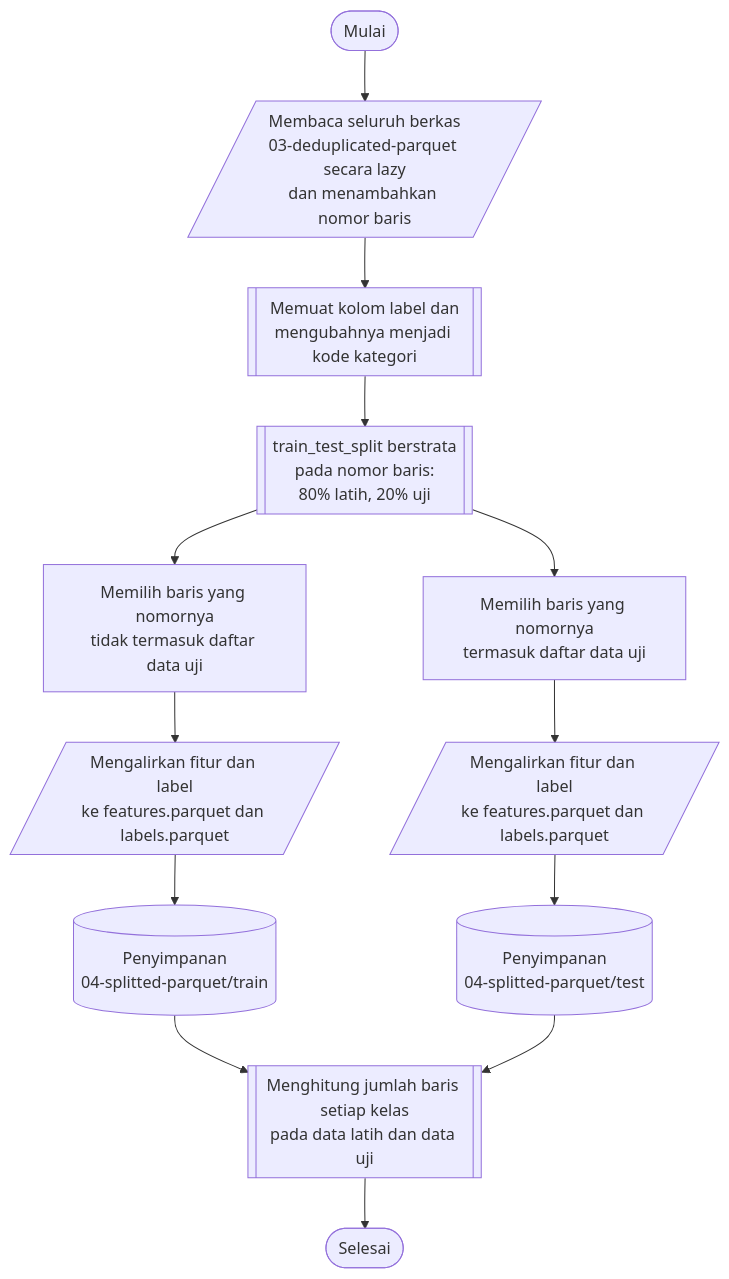
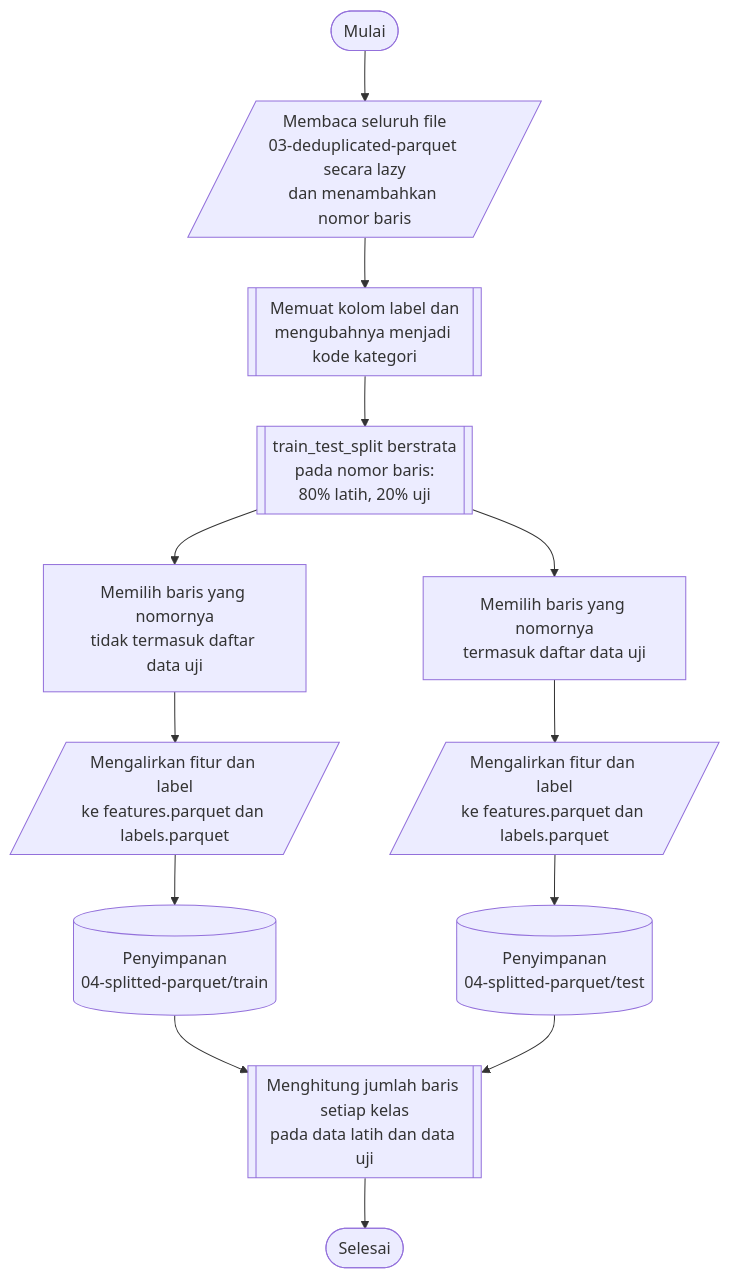
One commit to JoxNeis/mlids-robustness changed the diagram in thesis/04_bab_04/05_pembagian_dataset.md. Above: the diagram before and after it, drawn with Mermaid. The commit also changed other lines of this file and 27 other files, not shown here.

````diff
--- a/thesis/04_bab_04/05_pembagian_dataset.md
+++ b/thesis/04_bab_04/05_pembagian_dataset.md
@@ -20,16 +20,16 @@
 ```mermaid
 flowchart TD
     mulai(["Mulai"])
-    mulai --> scan[/"Membaca seluruh berkas<br>03-deduplicated-parquet secara lazy<br>dan menambahkan nomor baris"/]
+    mulai --> scan[/"Membaca seluruh file<br>03-deduplicated-parquet secara lazy<br>dan menambahkan nomor baris"/]
     scan --> label[["Memuat kolom label dan<br>mengubahnya menjadi kode kategori"]]
     label --> split[["train_test_split berstrata<br>pada nomor baris:<br>80% latih, 20% uji"]]
     split --> filter_uji["Memilih baris yang nomornya<br>termasuk daftar data uji"]
     split --> filter_latih["Memilih baris yang nomornya<br>tidak termasuk daftar data uji"]
     filter_latih --> tulis_latih[/"Mengalirkan fitur dan label<br>ke features.parquet dan labels.parquet"/]
     filter_uji --> tulis_uji[/"Mengalirkan fitur dan label<br>ke features.parquet dan labels.parquet"/]
     tulis_latih --> simpan_latih[("Penyimpanan<br>04-splitted-parquet/train")]
     tulis_uji --> simpan_uji[("Penyimpanan<br>04-splitted-parquet/test")]
     simpan_latih --> periksa[["Menghitung jumlah baris setiap kelas<br>pada data latih dan data uji"]]
     simpan_uji --> periksa
     periksa --> selesai(["Selesai"])
 ```
````
